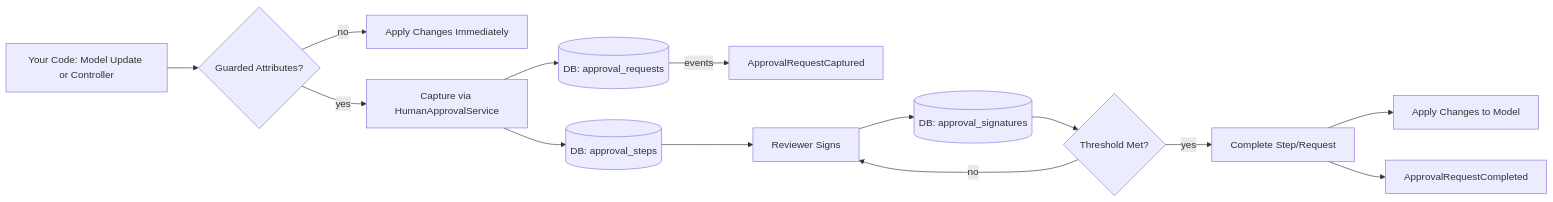
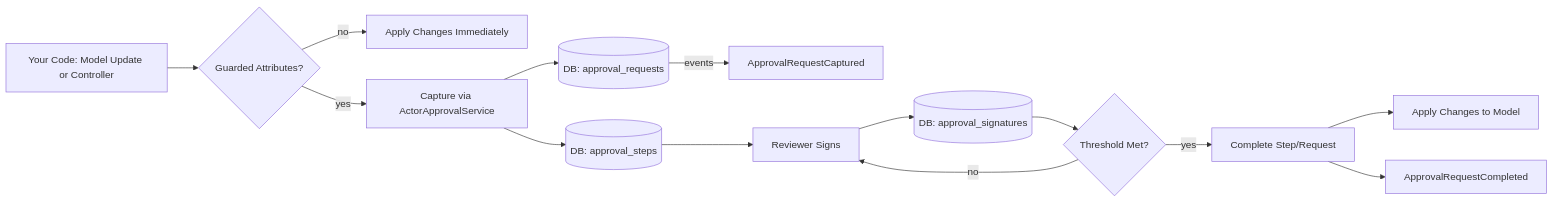
One commit to ovac/guardrails changed the diagram in README.md. Above: the diagram before and after it, drawn with Mermaid. The commit also changed other lines of this file and 35 other files, not shown here.

Commit message:
chore(release): v0.2.0 — actor-first API, Flow facade/helper, anyOf* renames, tests + docs

````diff
--- a/README.md
+++ b/README.md
@@ -223,16 +223,16 @@
 ```mermaid
 flowchart LR
   A[Your Code: Model Update or Controller] --> B{Guarded Attributes?}
   B -- no --> Z[Apply Changes Immediately]
-  B -- yes --> C[Capture via HumanApprovalService]
+  B -- yes --> C[Capture via ActorApprovalService]
   C --> D[(DB: approval_requests)]
   C --> E[(DB: approval_steps)]
   D -->|events| H[ApprovalRequestCaptured]
   E --> F[Reviewer Signs]
   F --> G[(DB: approval_signatures)]
   G --> I{Threshold Met?}
   I -- no --> F
   I -- yes --> J[Complete Step/Request]
   J --> K[Apply Changes to Model]
   J --> L[ApprovalRequestCompleted]
 ```
````
